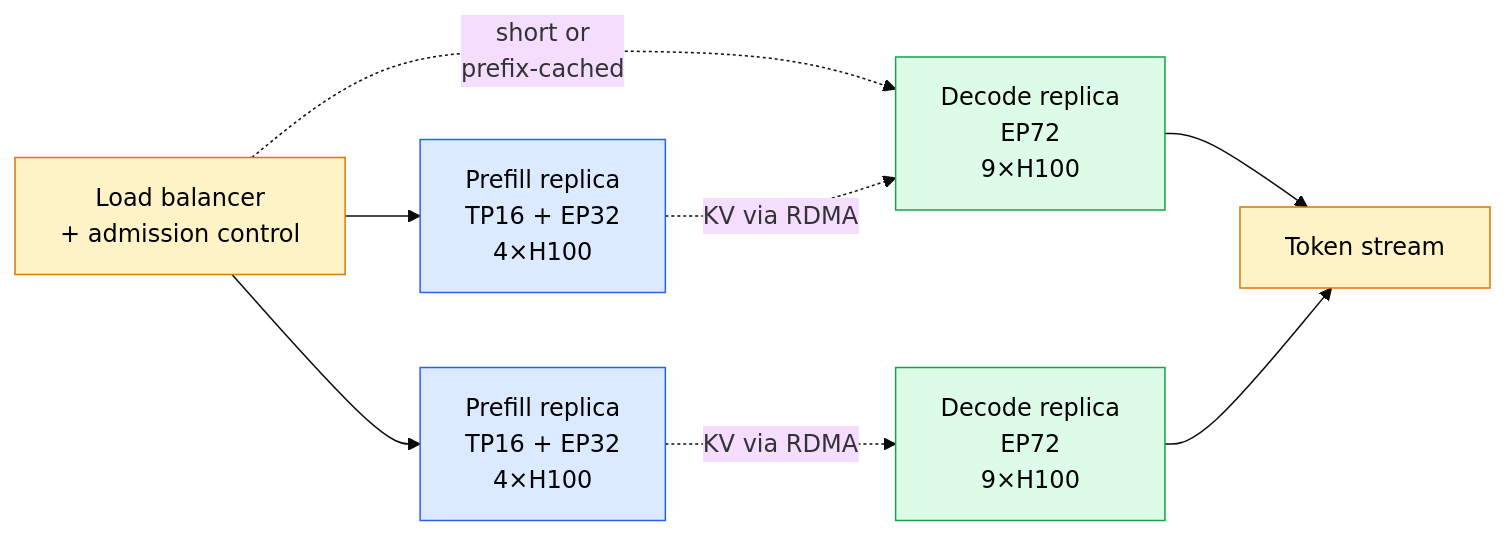
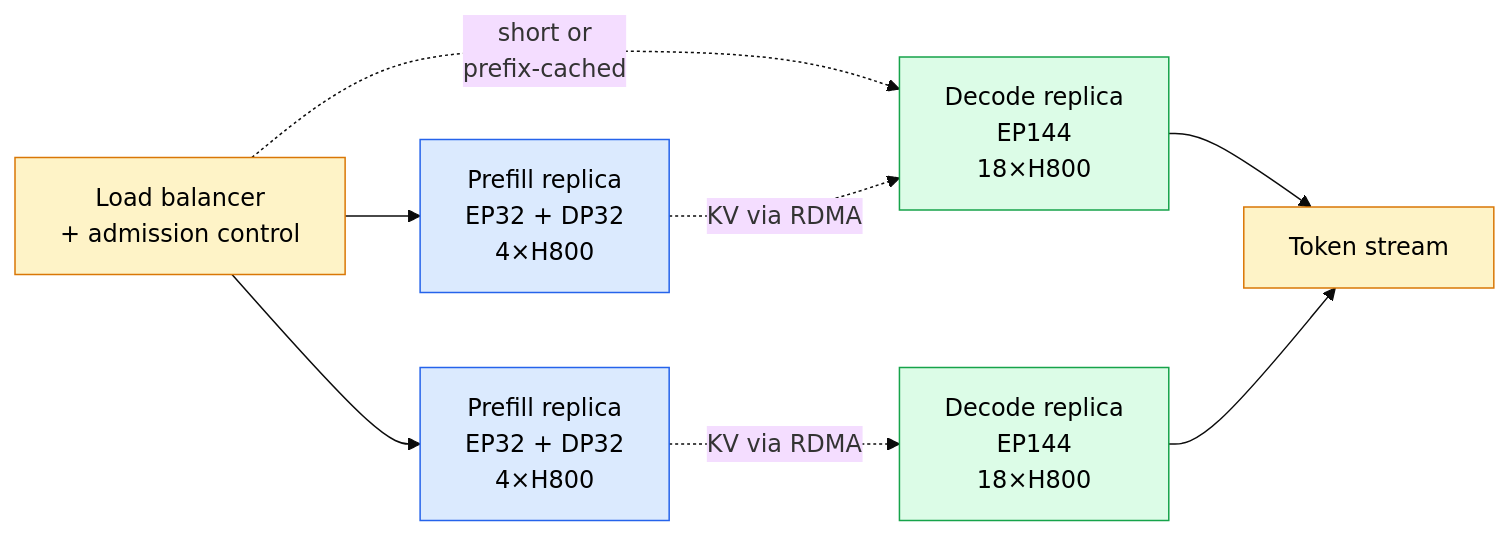
Before and after one commit to mrefaat87/vLLM-Inference-Lab: the first of 3 diagrams in reference/MODEL_SIZING_SCALING_REFERENCE.md, drawn with Mermaid (base theme). The commit also changed other lines of this file, not shown here.

````diff
--- a/reference/MODEL_SIZING_SCALING_REFERENCE.md
+++ b/reference/MODEL_SIZING_SCALING_REFERENCE.md
@@ -618,18 +622,18 @@
 ```mermaid
 flowchart LR
     LB[Load balancer<br/>+ admission control]
-    LB --> P1[Prefill replica<br/>TP16 + EP32<br/>4×H100]
-    LB --> P2[Prefill replica<br/>TP16 + EP32<br/>4×H100]
+    LB --> P1[Prefill replica<br/>EP32 + DP32<br/>4×H800]
+    LB --> P2[Prefill replica<br/>EP32 + DP32<br/>4×H800]
     LB -.short or<br/>prefix-cached.-> D1
-    P1 -.KV via RDMA.-> D1[Decode replica<br/>EP72<br/>9×H100]
-    P2 -.KV via RDMA.-> D2[Decode replica<br/>EP72<br/>9×H100]
+    P1 -.KV via RDMA.-> D1[Decode replica<br/>EP144<br/>18×H800]
+    P2 -.KV via RDMA.-> D2[Decode replica<br/>EP144<br/>18×H800]
     D1 --> Client[Token stream]
     D2 --> Client
 
     classDef prefill fill:#dbeafe,stroke:#2563eb,color:#000
     classDef decode fill:#dcfce7,stroke:#16a34a,color:#000
     classDef infra fill:#fef3c7,stroke:#d97706,color:#000
     class P1,P2 prefill
     class D1,D2 decode
     class LB,Client infra
 ```
````
